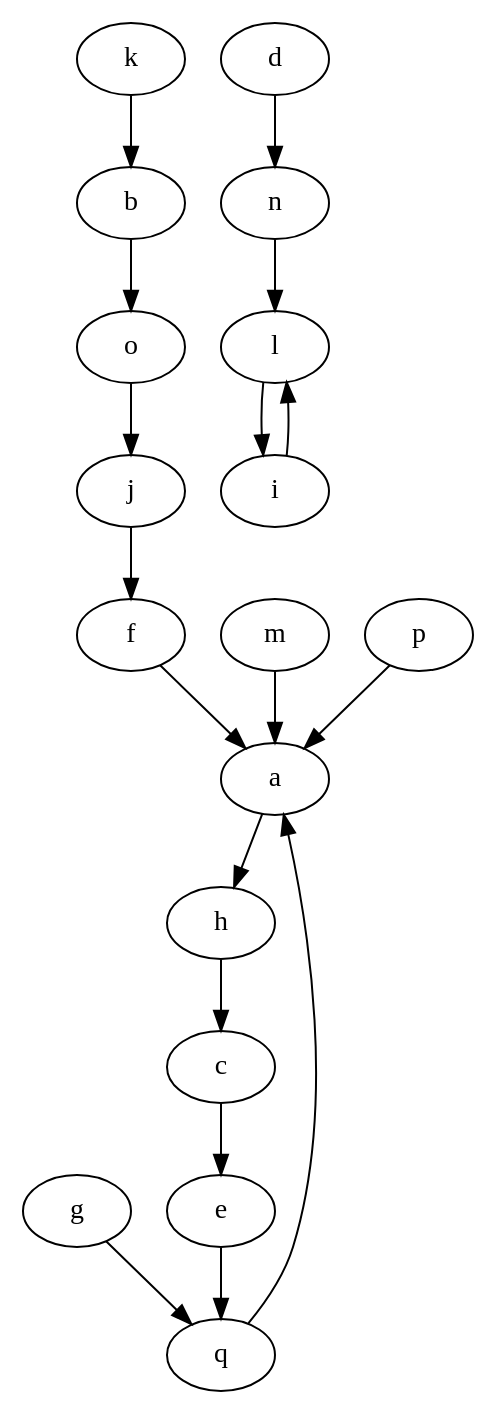
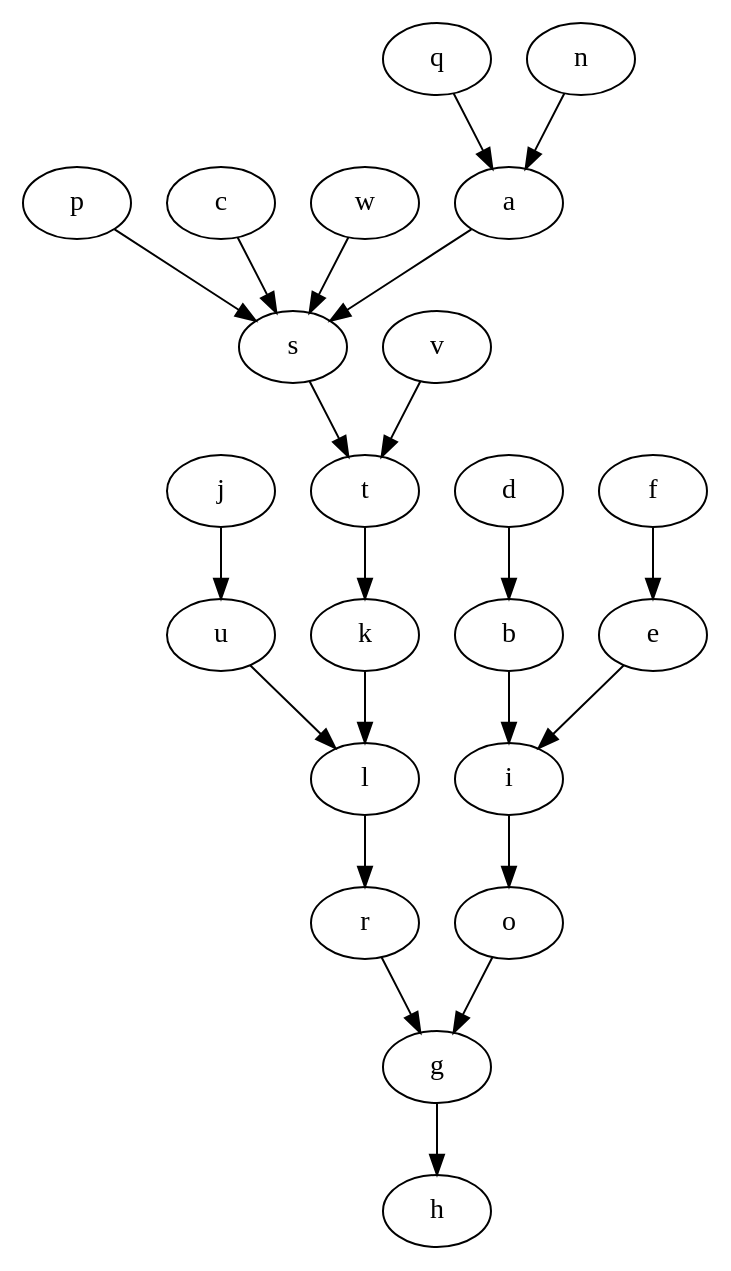
One commit to ClayDowling/llintersections changed the diagram in samples/graphG.gv. Above: the diagram before and after it, drawn with Graphviz. The commit also changed 23 other files, not shown here.

```diff
--- a/samples/graphG.gv
+++ b/samples/graphG.gv
@@ -1,19 +1,23 @@
 digraph intersection {
-  a -> h
-  l -> i
-  n -> l
+  o -> g
+  s -> t
+  i -> o
+  l -> r
+  p -> s
+  c -> s
+  u -> l
+  v -> t
+  w -> s
   q -> a
-  c -> e
-  e -> q
-  f -> a
-  h -> c
-  b -> o
-  d -> n
-  g -> q
-  k -> b
-  i -> l
-  m -> a
-  o -> j
-  j -> f
-  p -> a
+  a -> s
+  j -> u
+  k -> l
+  t -> k
+  r -> g
+  b -> i
+  e -> i
+  n -> a
+  d -> b
+  f -> e
+  g -> h
 }
```
